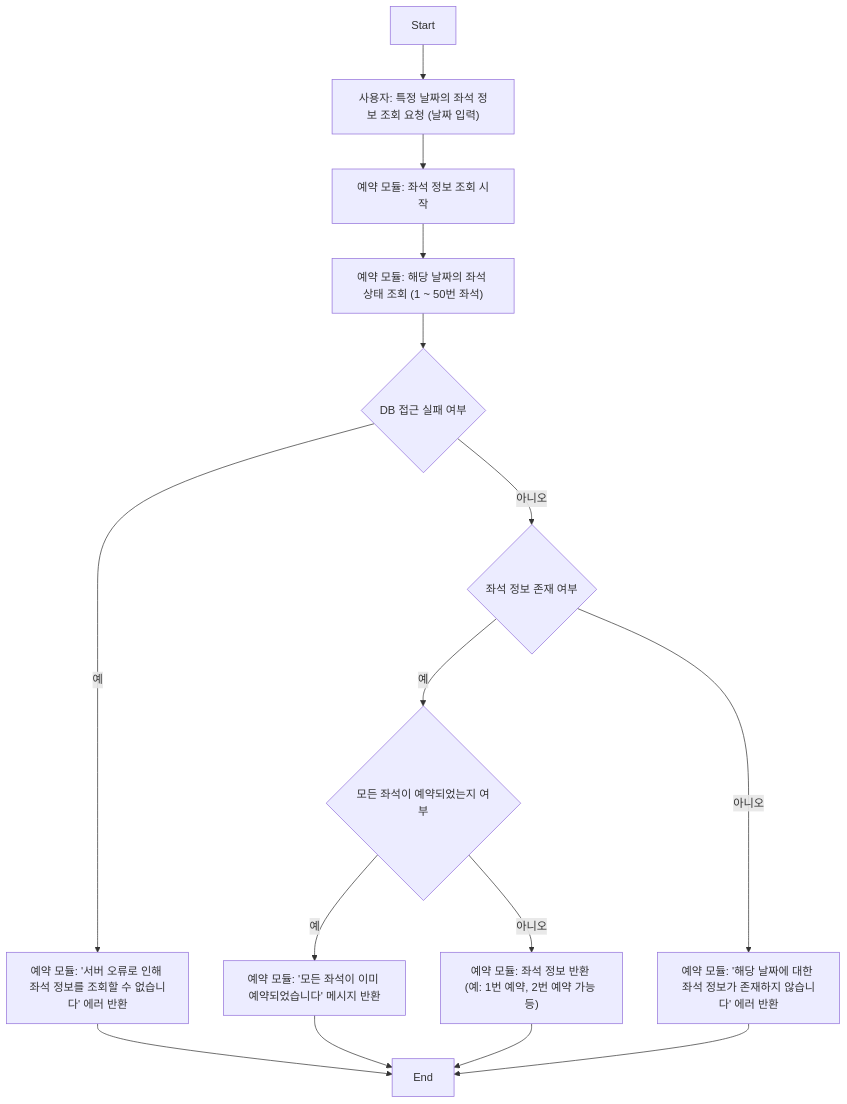
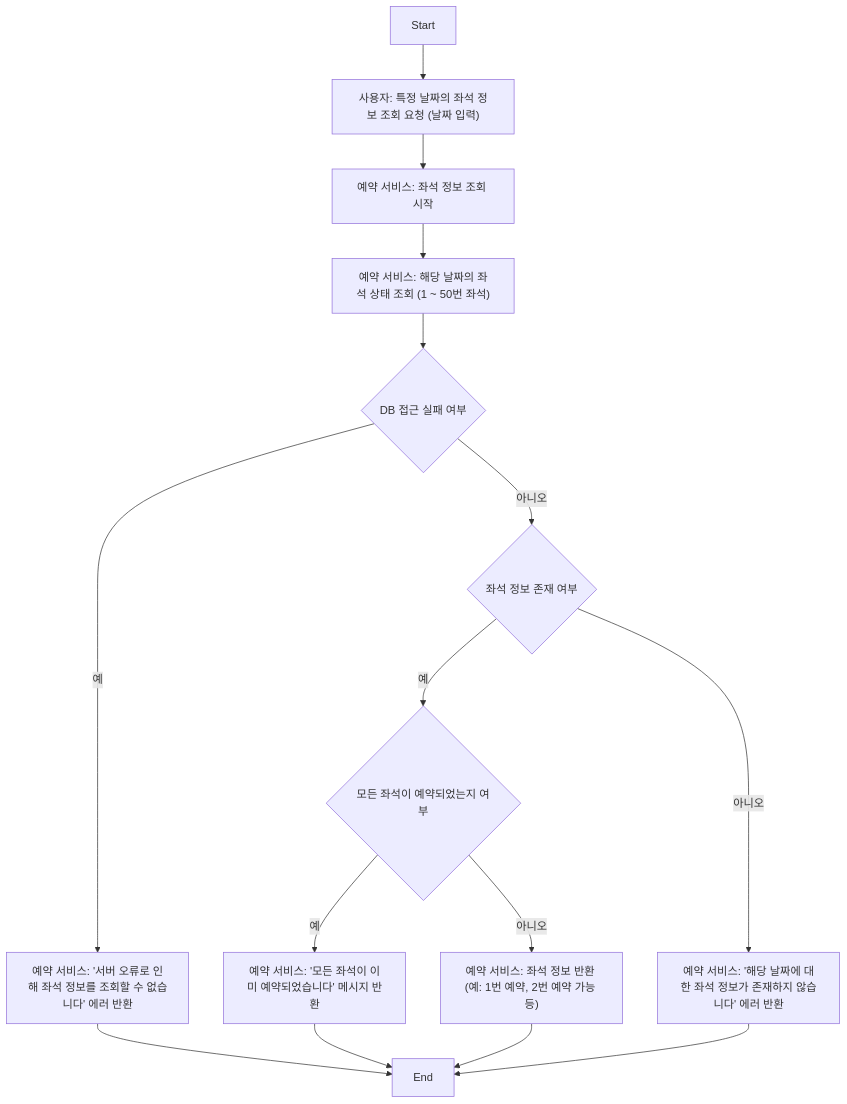
The tenth of 14 diagrams in README.md (SooLee99/hhplus-concert-reservation-service), drawn with Mermaid before and after one commit. The commit also changed other lines of this file, not shown here.

````diff
--- a/README.md
+++ b/README.md
@@ -420,31 +420,31 @@
 ```mermaid
 flowchart TD
     %% 노드 정의
     Start["Start"]
     A_RequestSeats["사용자: 특정 날짜의 좌석 정보 조회 요청 (날짜 입력)"]
-    B_StartLookup["예약 모듈: 좌석 정보 조회 시작"]
-    C_QuerySeats["예약 모듈: 해당 날짜의 좌석 상태 조회 (1 ~ 50번 좌석)"]
+    B_StartLookup["예약 서비스: 좌석 정보 조회 시작"]
+    C_QuerySeats["예약 서비스: 해당 날짜의 좌석 상태 조회 (1 ~ 50번 좌석)"]
     D_DBAccessFailed{"DB 접근 실패 여부"}
-    E_ServerError["예약 모듈: '서버 오류로 인해 좌석 정보를 조회할 수 없습니다' 에러 반환"]
+    E_ServerError["예약 서비스: '서버 오류로 인해 좌석 정보를 조회할 수 없습니다' 에러 반환"]
     F_SeatsAvailable{"좌석 정보 존재 여부"}
-    G_NoSeats["예약 모듈: '해당 날짜에 대한 좌석 정보가 존재하지 않습니다' 에러 반환"]
-    H_ReturnAllSeatsReserved["예약 모듈: '모든 좌석이 이미 예약되었습니다' 메시지 반환"]
-    I_ReturnAvailableSeats["예약 모듈: 좌석 정보 반환 (예: 1번 예약, 2번 예약 가능 등)"]
+    G_NoSeats["예약 서비스: '해당 날짜에 대한 좌석 정보가 존재하지 않습니다' 에러 반환"]
+    H_ReturnAllSeatsReserved["예약 서비스: '모든 좌석이 이미 예약되었습니다' 메시지 반환"]
+    I_ReturnAvailableSeats["예약 서비스: 좌석 정보 반환 (예: 1번 예약, 2번 예약 가능 등)"]
     End["End"]
 
     %% 흐름 연결
     Start --> A_RequestSeats
     A_RequestSeats --> B_StartLookup
     B_StartLookup --> C_QuerySeats
 
     C_QuerySeats --> D_DBAccessFailed
     D_DBAccessFailed -- "예" --> E_ServerError --> End
     D_DBAccessFailed -- "아니오" --> F_SeatsAvailable
 
     F_SeatsAvailable -- "예" --> H_AllSeatsReserved{"모든 좌석이 예약되었는지 여부"}
     H_AllSeatsReserved -- "예" --> H_ReturnAllSeatsReserved --> End
     H_AllSeatsReserved -- "아니오" --> I_ReturnAvailableSeats --> End
 
     F_SeatsAvailable -- "아니오" --> G_NoSeats --> End
 
 ```
````
